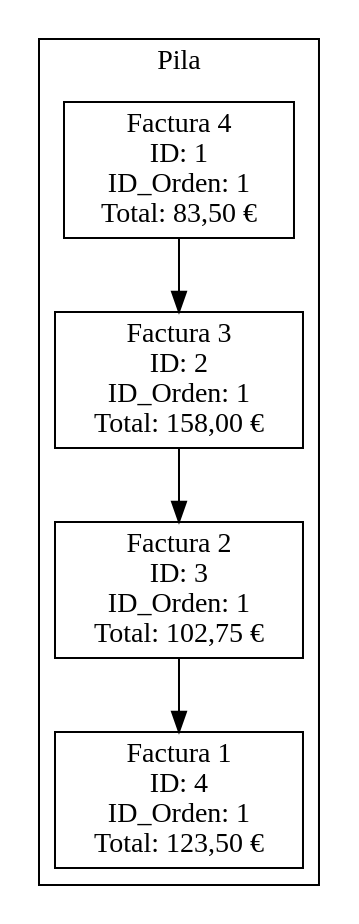
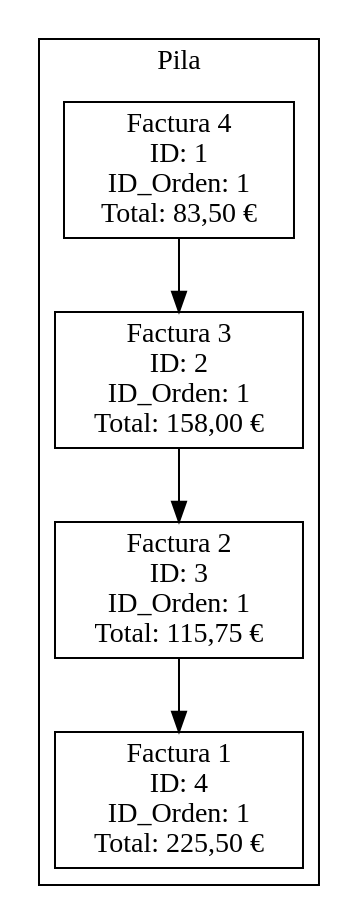
One commit to Farot30/-EDD-1S2025_202307820 changed the diagram in Fase#1/Graficas/Pila.dot. Above: the diagram before and after it, drawn with Graphviz. The commit also changed 36 other files, not shown here.

```diff
--- a/Fase#1/Graficas/Pila.dot
+++ b/Fase#1/Graficas/Pila.dot
@@ -1,14 +1,14 @@
 digraph G {
     node [shape=record];
     rankdir=TB;
     subgraph cluster_0 {
         label = "Pila";
-    node0 [label = "{Factura 1\nID: 4\nID_Orden: 1\nTotal: 123,50 €}"];
-    node1 [label = "{Factura 2\nID: 3\nID_Orden: 1\nTotal: 102,75 €}"];
+    node0 [label = "{Factura 1\nID: 4\nID_Orden: 1\nTotal: 225,50 €}"];
+    node1 [label = "{Factura 2\nID: 3\nID_Orden: 1\nTotal: 115,75 €}"];
     node2 [label = "{Factura 3\nID: 2\nID_Orden: 1\nTotal: 158,00 €}"];
     node3 [label = "{Factura 4\nID: 1\nID_Orden: 1\nTotal: 83,50 €}"];
     node1 -> node0;
     node2 -> node1;
     node3 -> node2;
     }
 }
```
